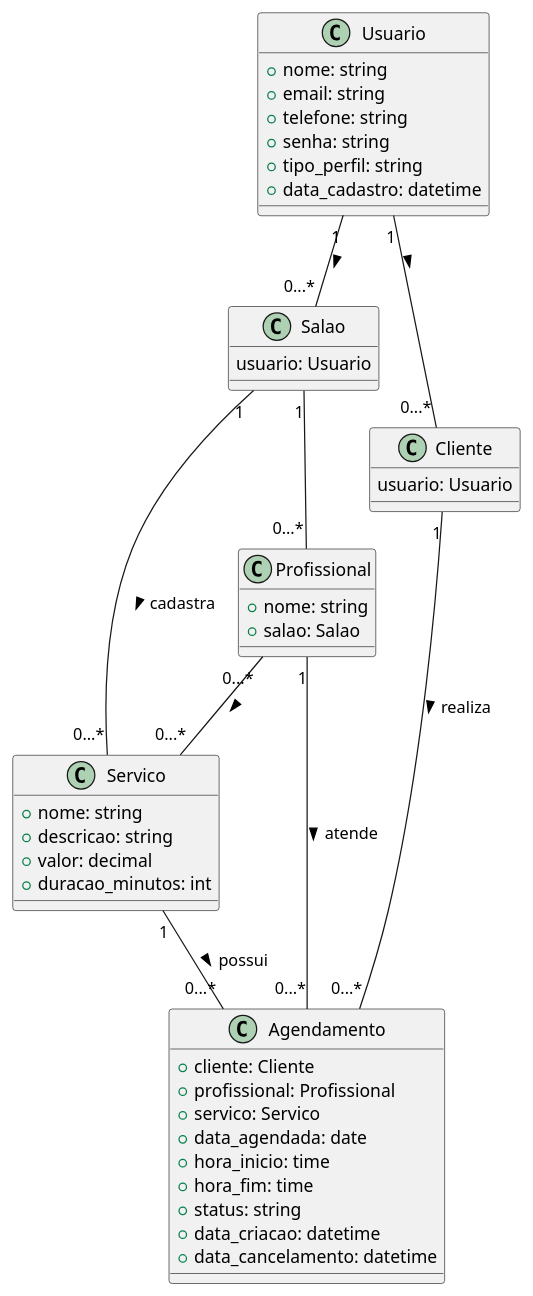
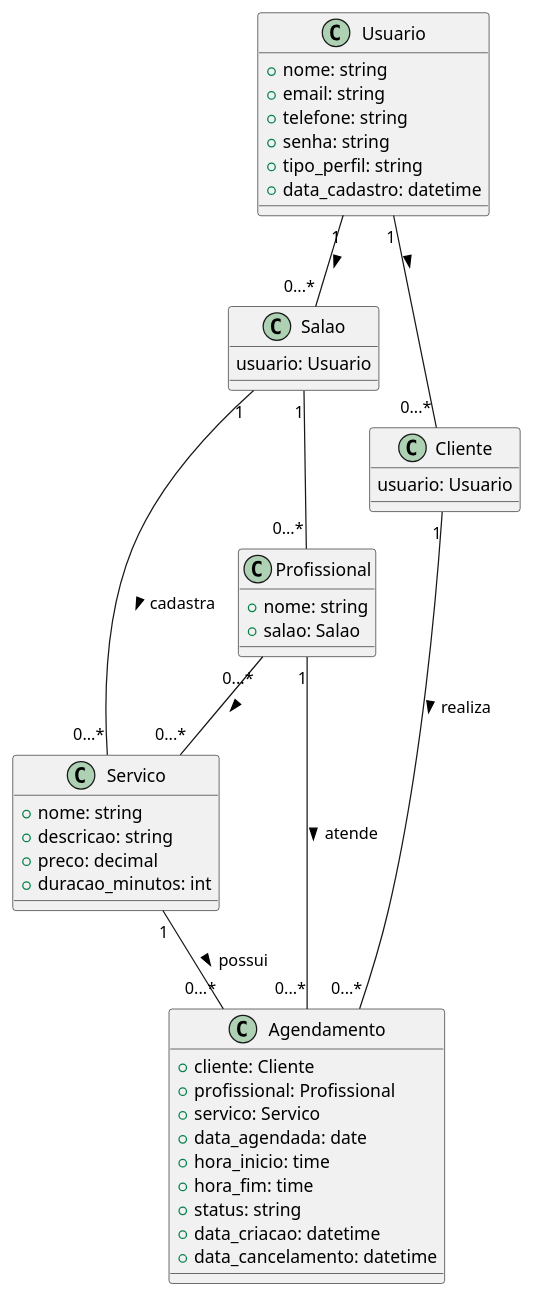
One commit to lucasxsdw/BarberReserve-api changed the diagram in diagrama.puml. Above: the diagram before and after it, drawn with PlantUML. The commit also changed 4 other files, not shown here.

```diff
--- a/diagrama.puml
+++ b/diagrama.puml
@@ -1,52 +1,52 @@
 @startuml
 class Usuario {
     +nome: string
     +email: string
     +telefone: string
     +senha: string
     +tipo_perfil: string
     +data_cadastro: datetime
 }
 
 class Salao {
     usuario: Usuario
 }
 
 class Cliente {
     usuario: Usuario
 }
 
 class Profissional {
     +nome: string
     +salao: Salao
 }
 
 class Servico {
     +nome: string
     +descricao: string
-    +valor: decimal
+    +preco: decimal
     +duracao_minutos: int
 }
 
 class Agendamento {
     +cliente: Cliente
     +profissional: Profissional
     +servico: Servico
     +data_agendada: date
     +hora_inicio: time
     +hora_fim: time
     +status: string
     +data_criacao: datetime
     +data_cancelamento: datetime
 }
 
 ' --- Associações ---
 Usuario "1" -- "0...*" Cliente : >
 Usuario "1" -- "0...*" Salao : >
 Salao "1" -- "0...*" Profissional
 Salao "1" -- "0...*" Servico : cadastra >
 Profissional "0...*" -- "0...*" Servico : >
 Profissional "1" -- "0...*" Agendamento : atende >
 Cliente "1" -- "0...*" Agendamento : realiza >
 Servico "1" -- "0...*" Agendamento : possui >
 @enduml
```
